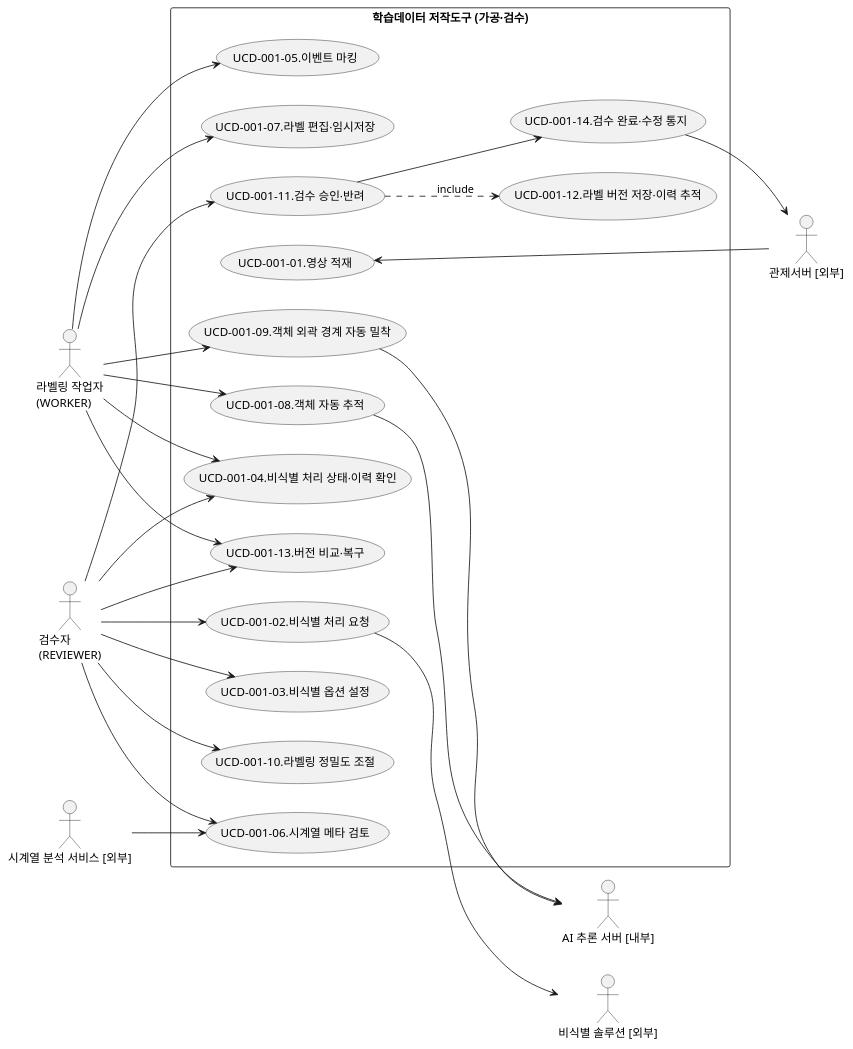
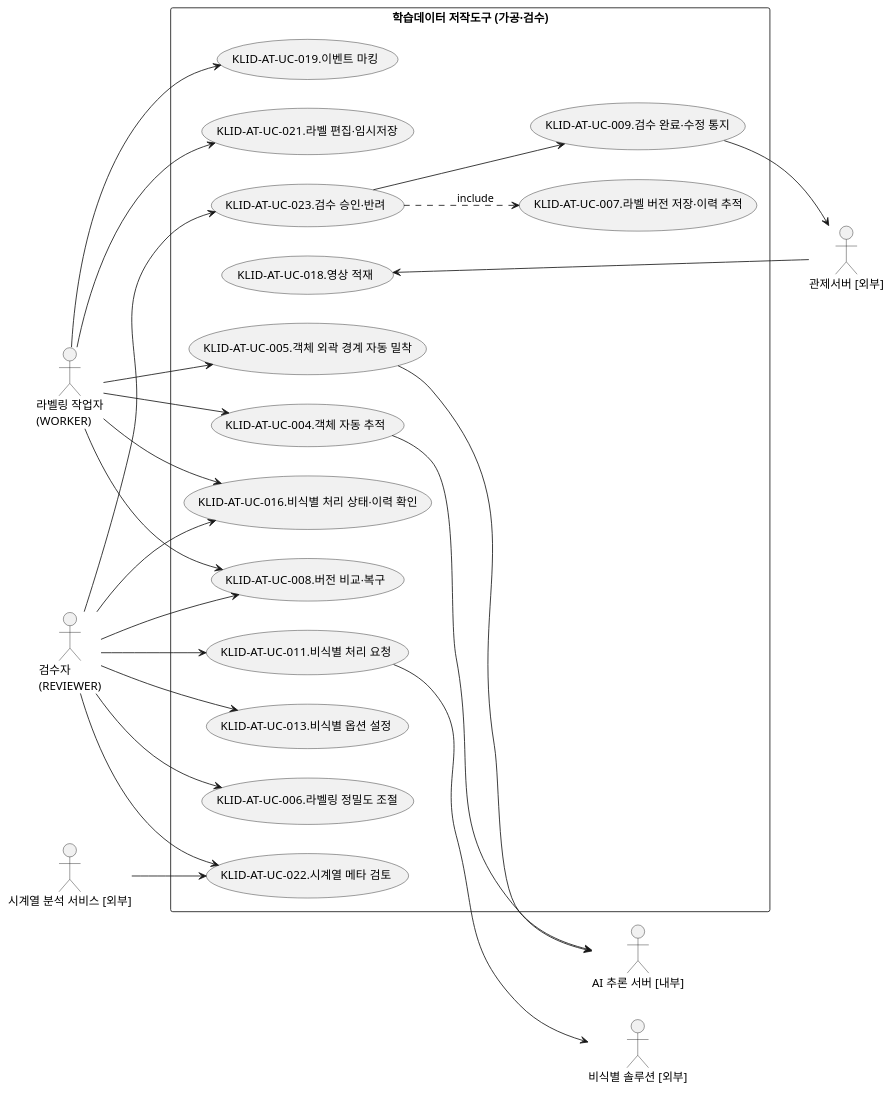
The first of 2 diagrams in docs/design/R2-유스케이스명세서.md (New-stella/klid-label), drawn with PlantUML before and after one commit. The commit also changed other lines of this file and 12 other files, not shown here.

````diff
--- a/docs/design/R2-유스케이스명세서.md
+++ b/docs/design/R2-유스케이스명세서.md
@@ -47,50 +47,50 @@
 ```plantuml
 @startuml
 left to right direction
 actor "라벨링 작업자\n(WORKER)" as WORKER
 actor "검수자\n(REVIEWER)" as REVIEWER
 actor "관제서버 [외부]" as CTRL
 actor "비식별 솔루션 [외부]" as DEID
 actor "시계열 분석 서비스 [외부]" as TSVC
 actor "AI 추론 서버 [내부]" as AISRV
 
 rectangle "학습데이터 저작도구 (가공·검수)" {
-  usecase "UCD-001-01.영상 적재" as U18
-  usecase "UCD-001-02.비식별 처리 요청" as U11
-  usecase "UCD-001-03.비식별 옵션 설정" as U13
-  usecase "UCD-001-04.비식별 처리 상태·이력 확인" as U16
-  usecase "UCD-001-05.이벤트 마킹" as U19
-  usecase "UCD-001-06.시계열 메타 검토" as U22
-  usecase "UCD-001-07.라벨 편집·임시저장" as U21
-  usecase "UCD-001-08.객체 자동 추적" as U4
-  usecase "UCD-001-09.객체 외곽 경계 자동 밀착" as U5
-  usecase "UCD-001-10.라벨링 정밀도 조절" as U6
-  usecase "UCD-001-11.검수 승인·반려" as U23
-  usecase "UCD-001-12.라벨 버전 저장·이력 추적" as U7
-  usecase "UCD-001-13.버전 비교·복구" as U8
-  usecase "UCD-001-14.검수 완료·수정 통지" as U9
+  usecase "KLID-AT-UC-018.영상 적재" as U18
+  usecase "KLID-AT-UC-011.비식별 처리 요청" as U11
+  usecase "KLID-AT-UC-013.비식별 옵션 설정" as U13
+  usecase "KLID-AT-UC-016.비식별 처리 상태·이력 확인" as U16
+  usecase "KLID-AT-UC-019.이벤트 마킹" as U19
+  usecase "KLID-AT-UC-022.시계열 메타 검토" as U22
+  usecase "KLID-AT-UC-021.라벨 편집·임시저장" as U21
+  usecase "KLID-AT-UC-004.객체 자동 추적" as U4
+  usecase "KLID-AT-UC-005.객체 외곽 경계 자동 밀착" as U5
+  usecase "KLID-AT-UC-006.라벨링 정밀도 조절" as U6
+  usecase "KLID-AT-UC-023.검수 승인·반려" as U23
+  usecase "KLID-AT-UC-007.라벨 버전 저장·이력 추적" as U7
+  usecase "KLID-AT-UC-008.버전 비교·복구" as U8
+  usecase "KLID-AT-UC-009.검수 완료·수정 통지" as U9
 }
 
 CTRL --> U18
 U11 --> DEID
 REVIEWER --> U11
 REVIEWER --> U13
 REVIEWER --> U16
 WORKER --> U16
 WORKER --> U19
 REVIEWER --> U22
 TSVC --> U22
 WORKER --> U21
 WORKER --> U4
 WORKER --> U5
 U4 --> AISRV
 U5 --> AISRV
 REVIEWER --> U6
 REVIEWER --> U23
 U23 ..> U7 : include
 REVIEWER --> U8
 WORKER --> U8
 U23 --> U9
 U9 --> CTRL
 @enduml
 ```
````
